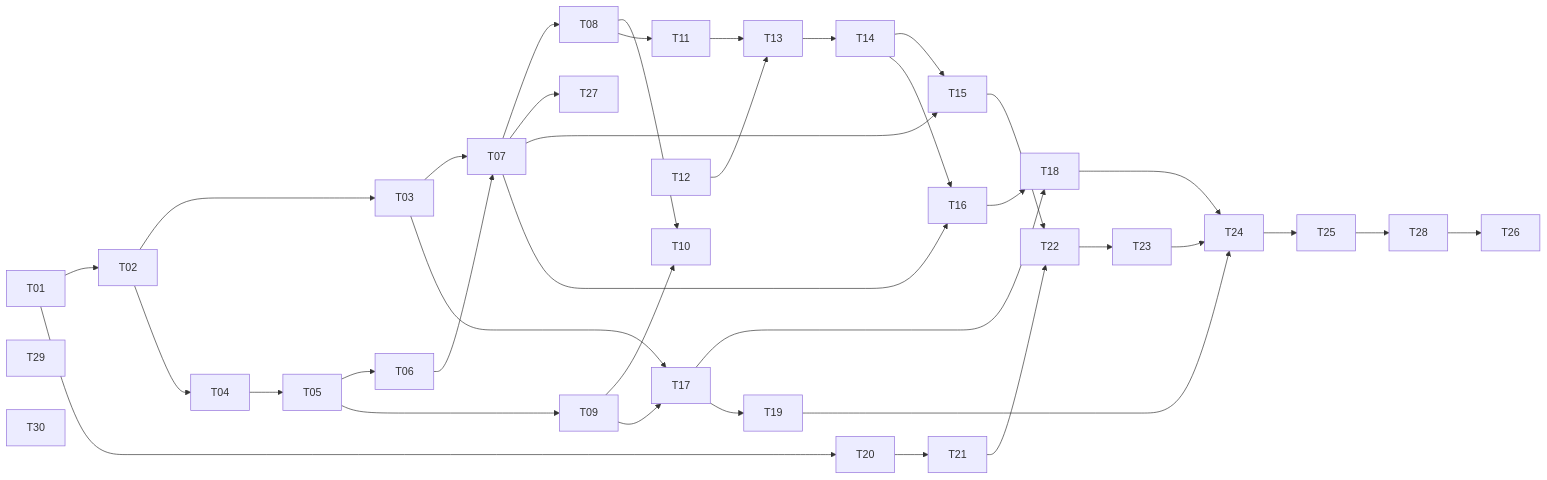
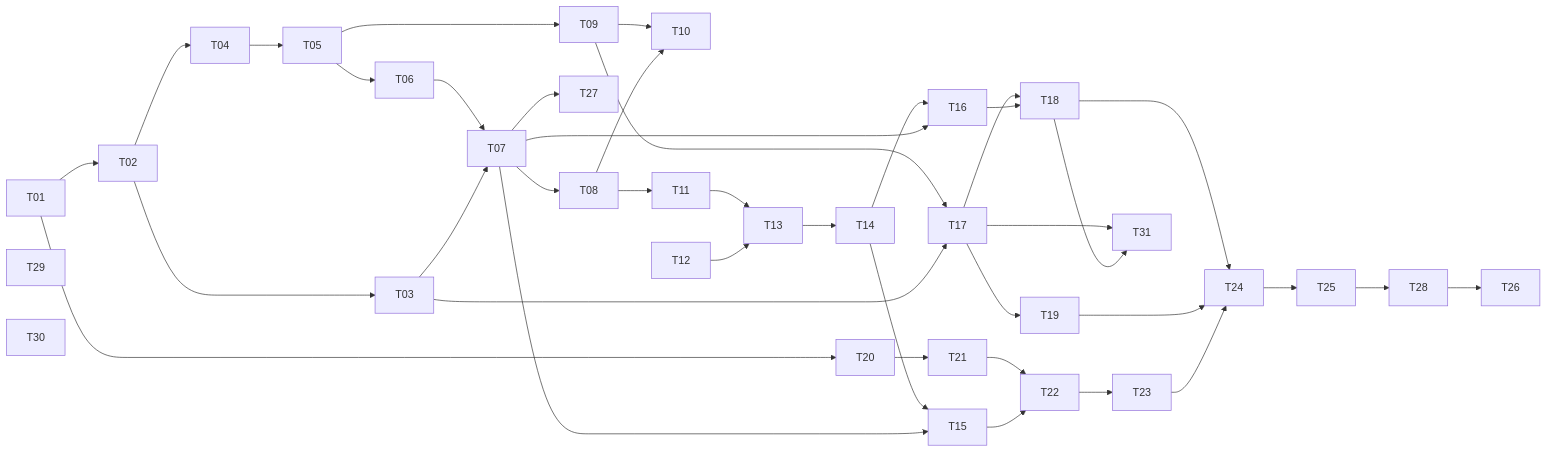
The diagram in task_lists.md (ta-dragon/gitpeek), drawn with Mermaid before and after one commit. The commit also changed other lines of this file and 17 other files, not shown here.

````diff
--- a/task_lists.md
+++ b/task_lists.md
@@ -363,30 +383,32 @@
 ```mermaid
 graph LR
   T01 --> T02
   T02 --> T03
   T02 --> T04
   T04 --> T05 --> T06 --> T07 --> T08
   T07 --> T27
   T03 --> T07
   T05 --> T09 --> T10
   T08 --> T10
   T08 --> T11 --> T13 --> T14
   T12 --> T13
   T14 --> T15
   T14 --> T16
   T07 --> T15
   T07 --> T16
   T09 --> T17
   T03 --> T17
   T17 --> T18
   T16 --> T18
   T17 --> T19
   T01 --> T20 --> T21 --> T22 --> T23
   T15 --> T22
   T18 --> T24
   T19 --> T24
   T23 --> T24
   T24 --> T25 --> T28 --> T26
   T29
   T30
+  T17 --> T31
+  T18 --> T31
 ```
````
